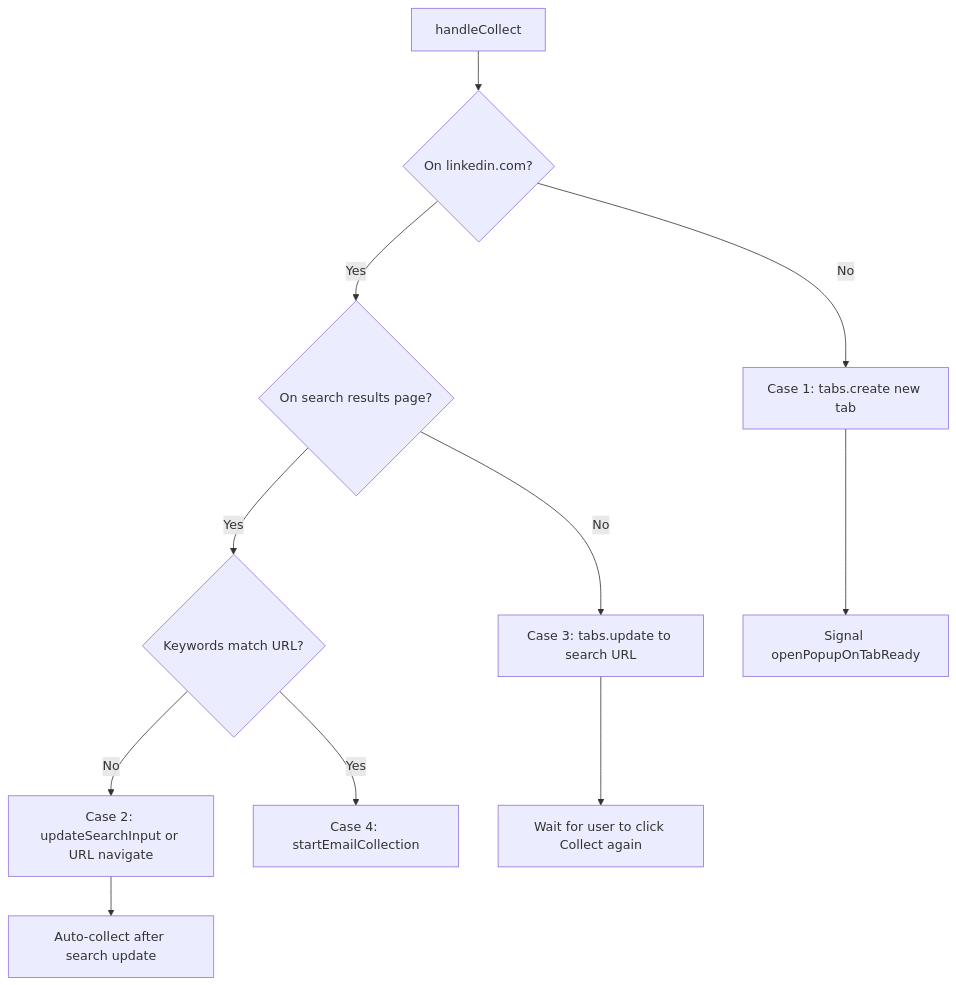
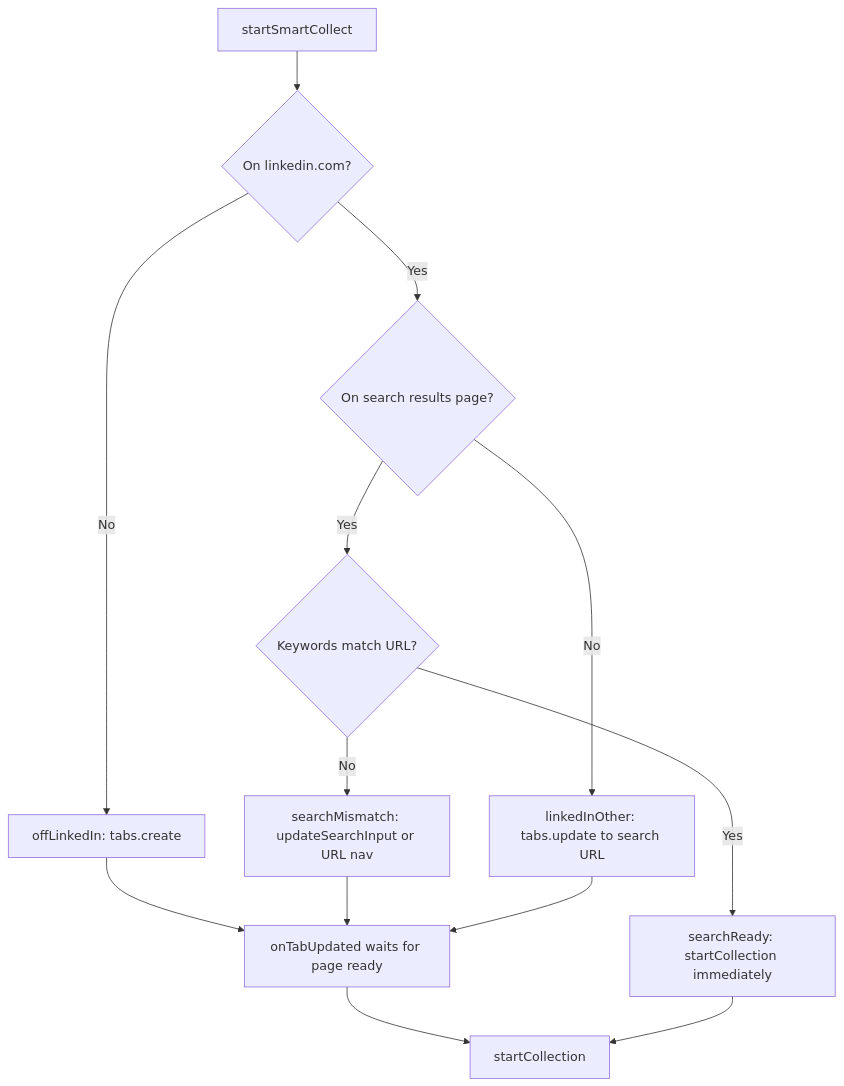
Before and after one commit to yagnesh97/reach-in: the second of 3 diagrams in docs/BUSINESS_LOGIC.md, drawn with Mermaid. The commit also changed other lines of this file and 13 other files, not shown here.

First line of the commit message:
Enhance email collection flow and UI in ReachIn extension

````diff
--- a/docs/BUSINESS_LOGIC.md
+++ b/docs/BUSINESS_LOGIC.md
@@ -86,13 +86,15 @@
 ```mermaid
 flowchart TD
-  Start[handleCollect] --> Case1{On linkedin.com?}
-  Case1 -->|No| NewTab[Case 1: tabs.create new tab]
+  Start[startSmartCollect] --> Case1{On linkedin.com?}
+  Case1 -->|No| OffLI[offLinkedIn: tabs.create]
   Case1 -->|Yes| Case2{On search results page?}
   Case2 -->|Yes| Case3{Keywords match URL?}
-  Case3 -->|No| UpdateSearch[Case 2: updateSearchInput or URL navigate]
-  Case3 -->|Yes| Collect[Case 4: startEmailCollection]
-  Case2 -->|No| Navigate[Case 3: tabs.update to search URL]
-  NewTab --> AutoPopup[Signal openPopupOnTabReady]
-  UpdateSearch --> AutoCollect[Auto-collect after search update]
-  Navigate --> WaitClick[Wait for user to click Collect again]
+  Case3 -->|No| Mismatch[searchMismatch: updateSearchInput or URL nav]
+  Case3 -->|Yes| Ready[searchReady: startCollection immediately]
+  Case2 -->|No| Other[linkedInOther: tabs.update to search URL]
+  OffLI --> Wait[onTabUpdated waits for page ready]
+  Mismatch --> Wait
+  Other --> Wait
+  Wait --> Collect[startCollection]
+  Ready --> Collect
 ```
````
